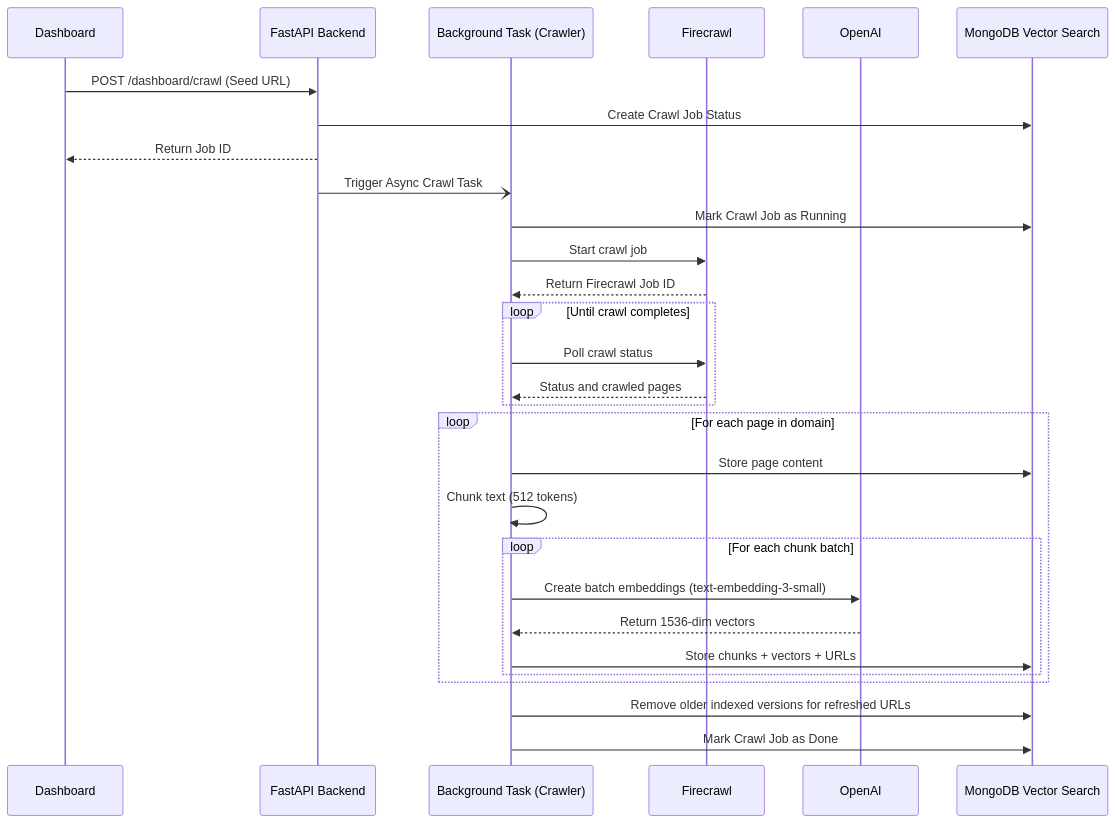
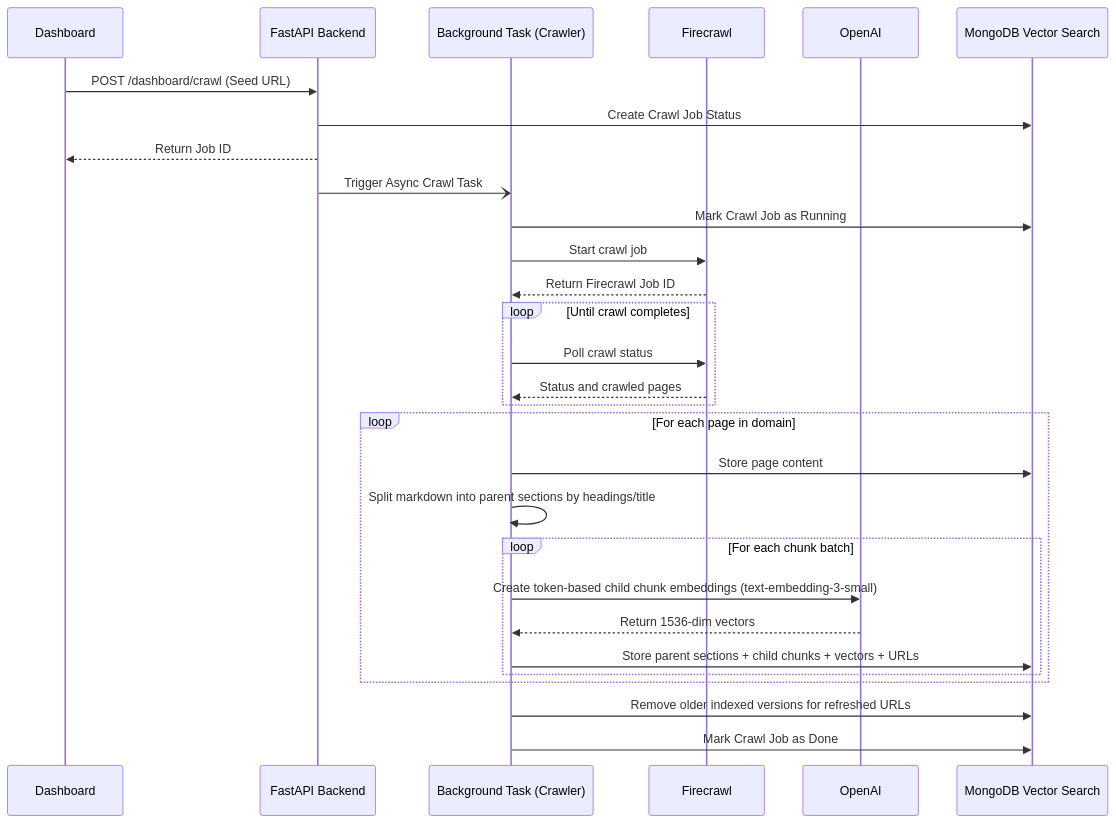
One commit to Himanshu-Jha-rgb/AI_Chatbot_widget changed the second of 3 diagrams in README.md. Above: the diagram before and after it, drawn with Mermaid. The commit also changed other lines of this file and 11 other files, not shown here.

````diff
--- a/README.md
+++ b/README.md
@@ -24,34 +24,34 @@
 ```mermaid
 sequenceDiagram
     participant Dashboard
     participant API as FastAPI Backend
     participant Crawler as Background Task (Crawler)
     participant Firecrawl
     participant OpenAI
     participant DB as MongoDB Vector Search
     
     Dashboard->>API: POST /dashboard/crawl (Seed URL)
     API->>DB: Create Crawl Job Status
     API-->>Dashboard: Return Job ID
     API-)Crawler: Trigger Async Crawl Task
     Crawler->>DB: Mark Crawl Job as Running
     Crawler->>Firecrawl: Start crawl job
     Firecrawl-->>Crawler: Return Firecrawl Job ID
     
     loop Until crawl completes
         Crawler->>Firecrawl: Poll crawl status
         Firecrawl-->>Crawler: Status and crawled pages
     end
     
     loop For each page in domain
         Crawler->>DB: Store page content
-        Crawler->>Crawler: Chunk text (512 tokens)
+        Crawler->>Crawler: Split markdown into parent sections by headings/title
         loop For each chunk batch
-            Crawler->>OpenAI: Create batch embeddings (text-embedding-3-small)
+            Crawler->>OpenAI: Create token-based child chunk embeddings (text-embedding-3-small)
             OpenAI-->>Crawler: Return 1536-dim vectors
-            Crawler->>DB: Store chunks + vectors + URLs
+            Crawler->>DB: Store parent sections + child chunks + vectors + URLs
         end
     end
     Crawler->>DB: Remove older indexed versions for refreshed URLs
     Crawler->>DB: Mark Crawl Job as Done
 ```
````
